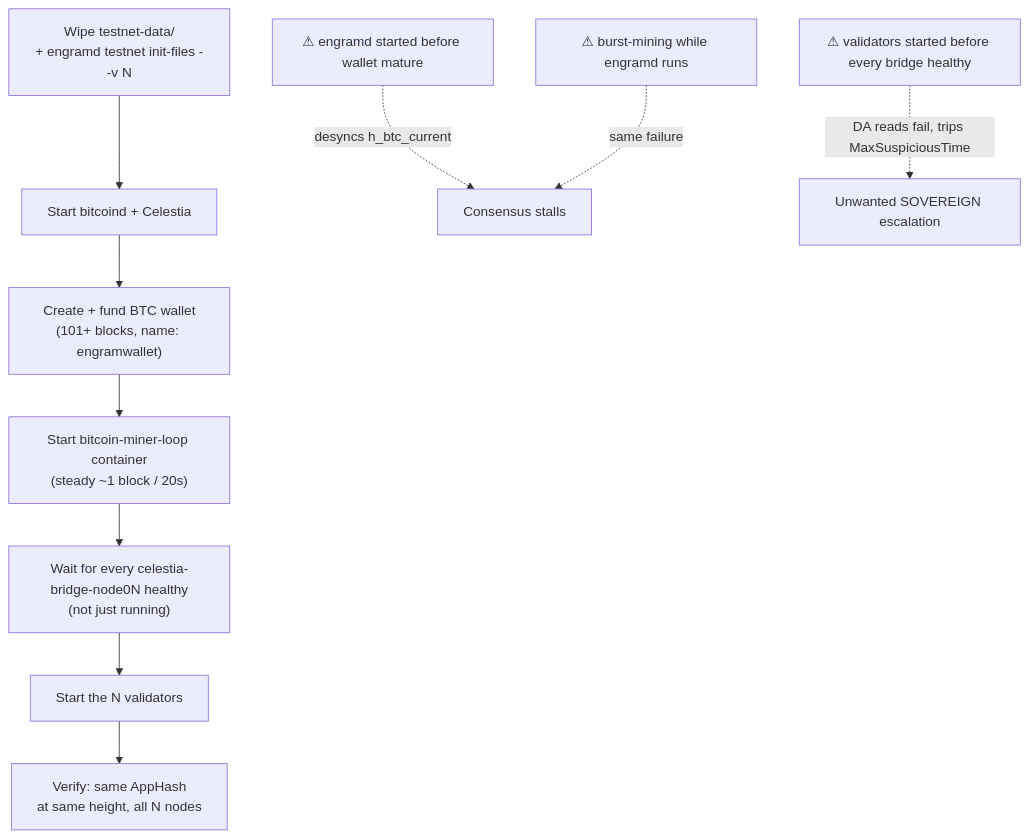
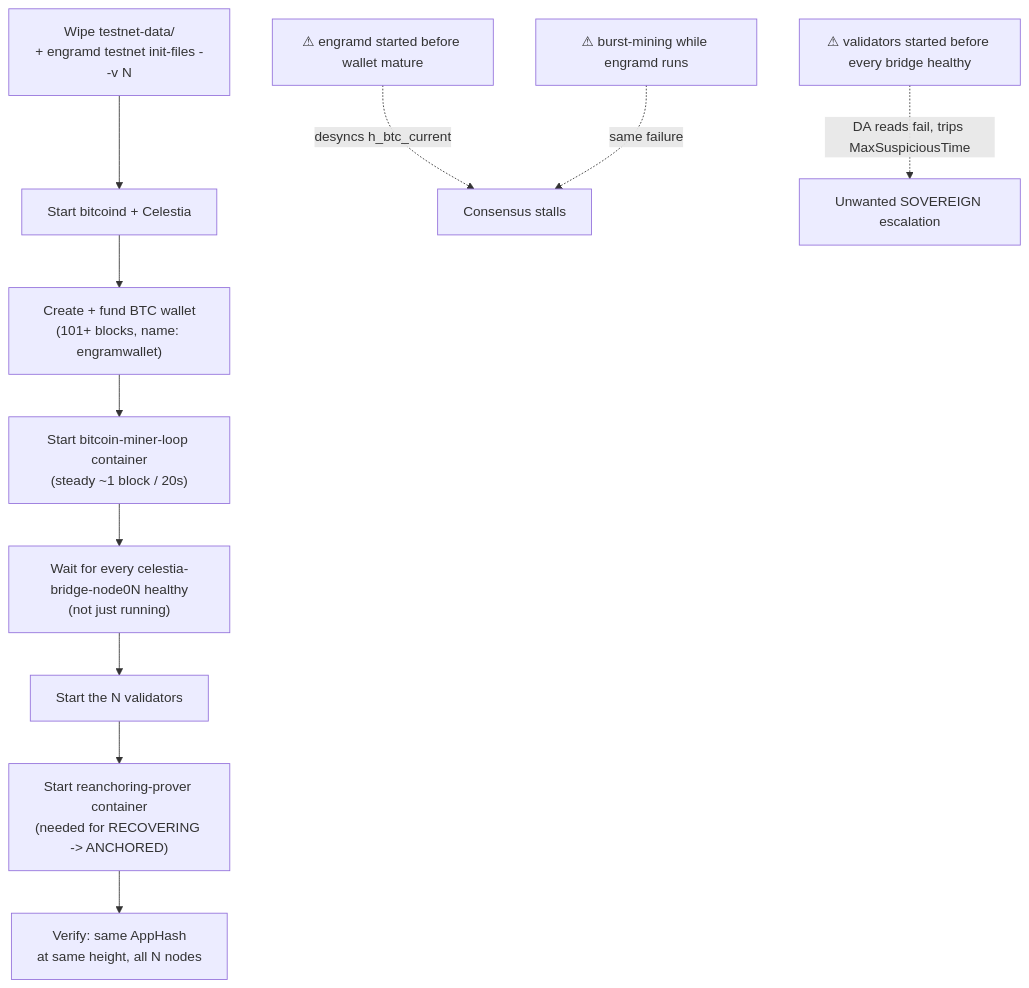
One commit to cuongct924/engram-sovereign-fsm changed the first of 4 diagrams in docs/DEVELOPMENT.md. Above: the diagram before and after it, drawn with Mermaid. The commit also changed other lines of this file and 7 other files, not shown here.

First line of the commit message:
revert: restore docker/reanchoring-prover.yml, wire it back into testnet-up

````diff
--- a/docs/DEVELOPMENT.md
+++ b/docs/DEVELOPMENT.md
@@ -192,13 +192,14 @@
 ```mermaid
 flowchart TD
     A["Wipe testnet-data/\n+ engramd testnet init-files --v N"] --> B["Start bitcoind + Celestia"]
     B --> C["Create + fund BTC wallet\n(101+ blocks, name: engramwallet)"]
     C --> D["Start bitcoin-miner-loop container\n(steady ~1 block / 20s)"]
     D --> W["Wait for every celestia-bridge-node0N healthy\n(not just running)"]
     W --> E["Start the N validators"]
-    E --> Ver["Verify: same AppHash\nat same height, all N nodes"]
+    E --> F["Start reanchoring-prover container\n(needed for RECOVERING -> ANCHORED)"]
+    F --> Ver["Verify: same AppHash\nat same height, all N nodes"]
 
     G["⚠ engramd started before wallet mature"] -.->|desyncs h_btc_current| H["Consensus stalls"]
     I["⚠ burst-mining while engramd runs"] -.->|same failure| H
     J["⚠ validators started before every bridge healthy"] -.->|DA reads fail, trips MaxSuspiciousTime| K["Unwanted SOVEREIGN escalation"]
 ```
````
